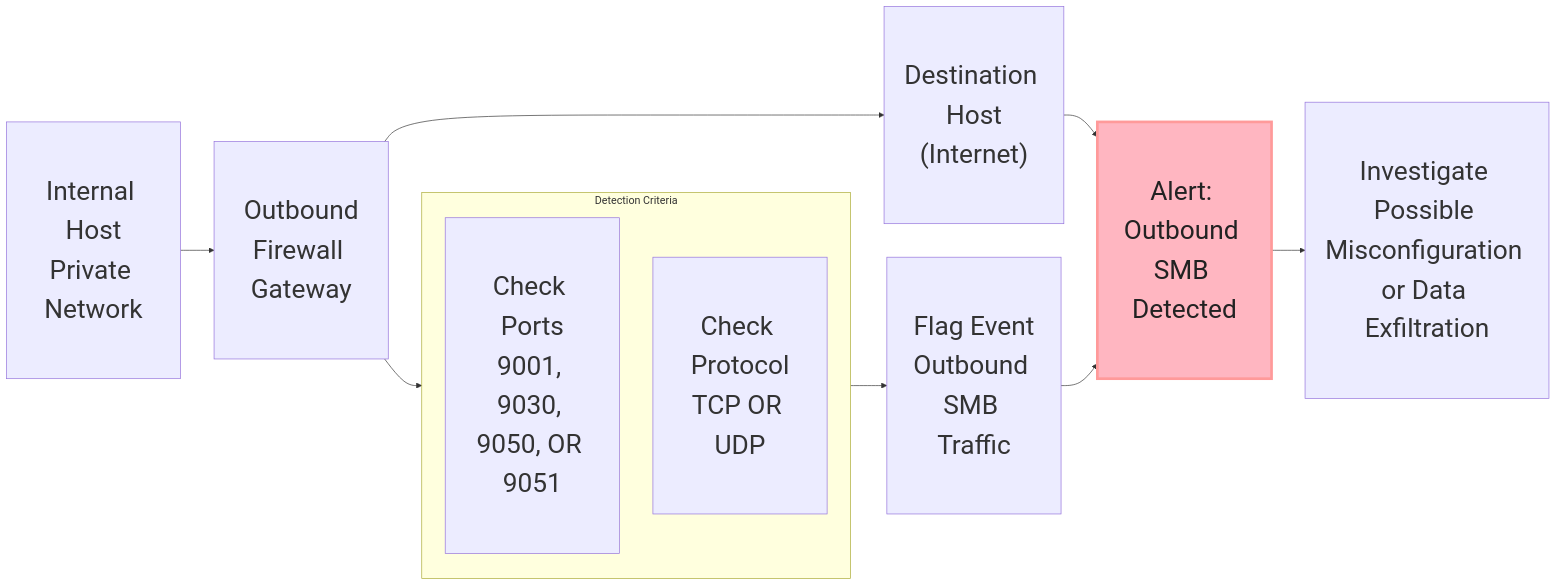
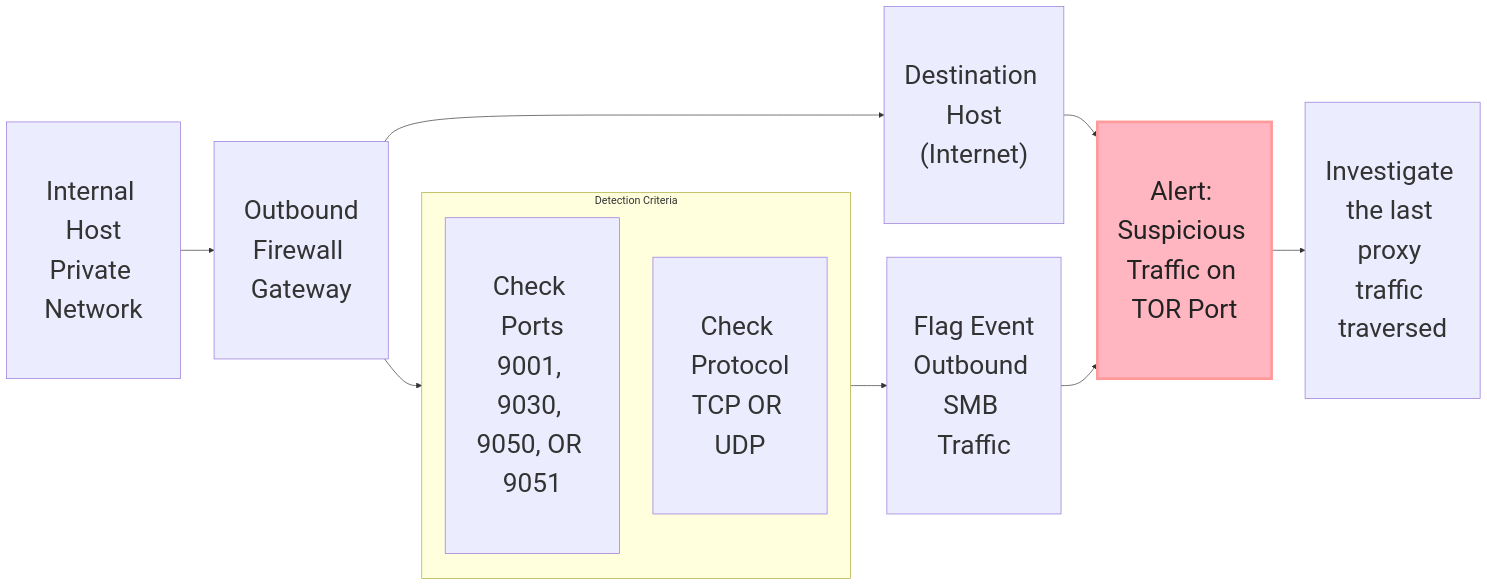
Before and after one commit to gcastill0/project-07-SIEM-Detections: the second of 2 diagrams in Cisco-Meraki-MX-Firewall.md, drawn with Mermaid.

Commit message:
Updating Meraki

````diff
--- a/Cisco-Meraki-MX-Firewall.md
+++ b/Cisco-Meraki-MX-Firewall.md
@@ -92,27 +92,27 @@
 ```mermaid
 flowchart LR
  subgraph SB["Detection Criteria"]
         E["<br>Check Ports<br>9001, 9030, 9050, OR 9051<br><br>"]
         D["<br>Check Protocol<br>TCP OR UDP<br><br>"]
   end
   
     A["<br>Internal Host<br>Private Network<br><br>"]
     B["<br>Outbound<br>Firewall Gateway<br><br>"]
     C["<br>Destination Host<br>(Internet)<br><br>"]
     A --> B
     B --> C
     C --> H
     B --> SB
     SB --> G["<br>Flag Event<br>Outbound SMB Traffic<br><br>"]
-    G --> H["<br>Alert: Outbound SMB Detected<br><br>"]
-    H --> I["<br>Investigate Possible Misconfiguration or Data Exfiltration<br><br>"]
+    G --> H["<br>Alert: Suspicious Traffic on TOR Port<br><br>"]
+    H --> I["<br>Investigate the last proxy traffic traversed<br><br>"]
 
     style A font-size:2.4ch;
     style B font-size:2.4ch;
     style C font-size:2.4ch;
     style D font-size:2.4ch;
     style E font-size:2.4ch;
     style G font-size:2.4ch;
     style H font-size:2.4ch, stroke:#FF9A9A, stroke-width:4px, color:#222222, fill:lightpink;
     style I font-size:2.4ch;
 ```
````
